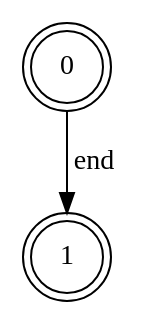
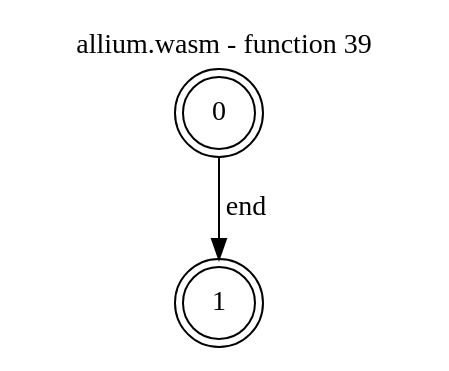
Before and after one commit to jsCarleton/wanalyze: the diagram in test_cases/allium/funcs/allium-func39.dot, drawn with Graphviz. The commit also changed 2386 other files, not shown here.

```diff
--- a/test_cases/allium/funcs/allium-func39.dot
+++ b/test_cases/allium/funcs/allium-func39.dot
@@ -1,5 +1,10 @@
 digraph finite_state_machine {
+    label = "allium.wasm - function 39"
+    labelloc =  t
+    labelfontsize = 16
+    labelfontcolor = black
+    labelfontname = "Helvetica"
     node [shape = doublecircle]; 0 1;
     node [shape = circle];
     0 -> 1[label = "end"];
 }
```
